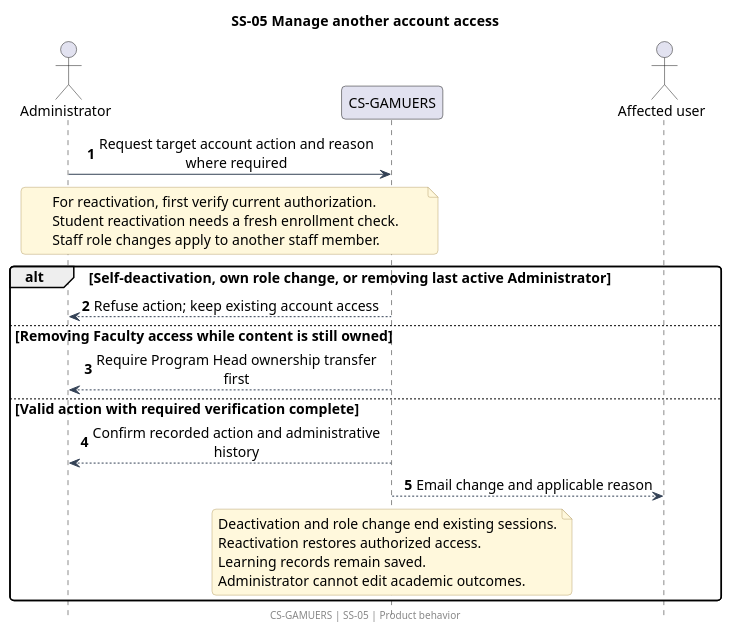
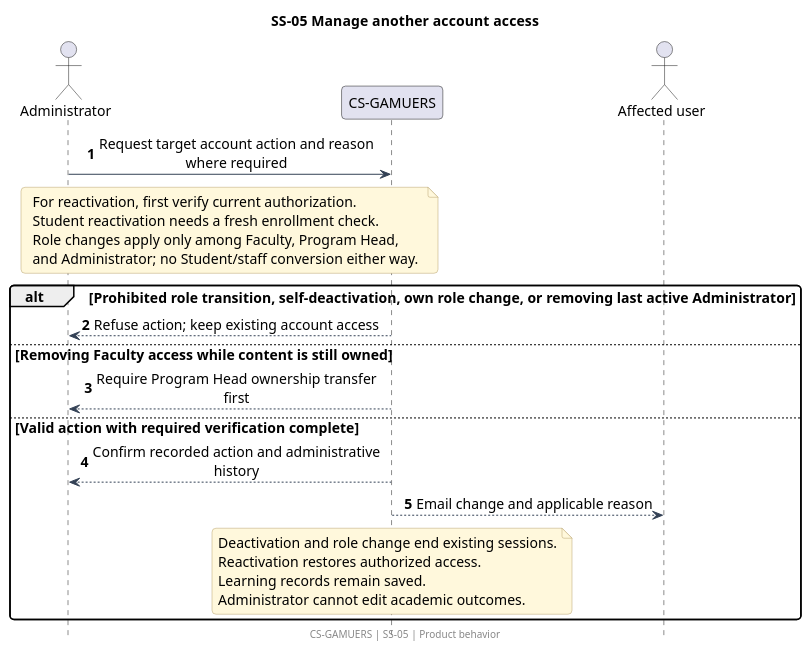
One commit to noelorph/cs-gamuers changed the diagram in docs/diagrams/system-sequences/ss-05.puml. Above: the diagram before and after it, drawn with PlantUML. The commit also changed 26 other files, not shown here.

Commit message:
docs: define approved architecture and align project documentation

```diff
--- a/docs/diagrams/system-sequences/ss-05.puml
+++ b/docs/diagrams/system-sequences/ss-05.puml
@@ -1,43 +1,44 @@
 @startuml
 !pragma layout smetana
 skinparam backgroundColor white
 skinparam shadowing false
 skinparam defaultFontName SansSerif
 skinparam defaultFontSize 14
 skinparam ArrowColor #334155
 skinparam BorderColor #334155
 skinparam NoteBackgroundColor #FFF8DC
 skinparam NoteBorderColor #B6A16C
 skinparam roundcorner 8
 skinparam sequenceMessageAlign center
 skinparam maxMessageSize 300
 title SS-05  Manage another account access
 ' Requirements: ACC-11 ACC-12 ACC-18 ACC-19 PERM-01 PERM-04 REPORT-03 NOTICE-01 NOTICE-02 P-08
 hide footbox
 autonumber
 
 actor "Administrator" as A
 participant "CS-GAMUERS" as S
 actor "Affected user" as U
 A -> S: Request target account action and reason where required
 note over A,S
 For reactivation, first verify current authorization.
 Student reactivation needs a fresh enrollment check.
-Staff role changes apply to another staff member.
+Role changes apply only among Faculty, Program Head,
+and Administrator; no Student/staff conversion either way.
 end note
-alt Self-deactivation, own role change, or removing last active Administrator
+alt Prohibited role transition, self-deactivation, own role change, or removing last active Administrator
   S --> A: Refuse action; keep existing account access
 else Removing Faculty access while content is still owned
   S --> A: Require Program Head ownership transfer first
 else Valid action with required verification complete
   S --> A: Confirm recorded action and administrative history
   S --> U: Email change and applicable reason
   note over S
   Deactivation and role change end existing sessions.
   Reactivation restores authorized access.
   Learning records remain saved.
   Administrator cannot edit academic outcomes.
   end note
 end
 footer CS-GAMUERS | SS-05 | Product behavior
 @enduml
```
